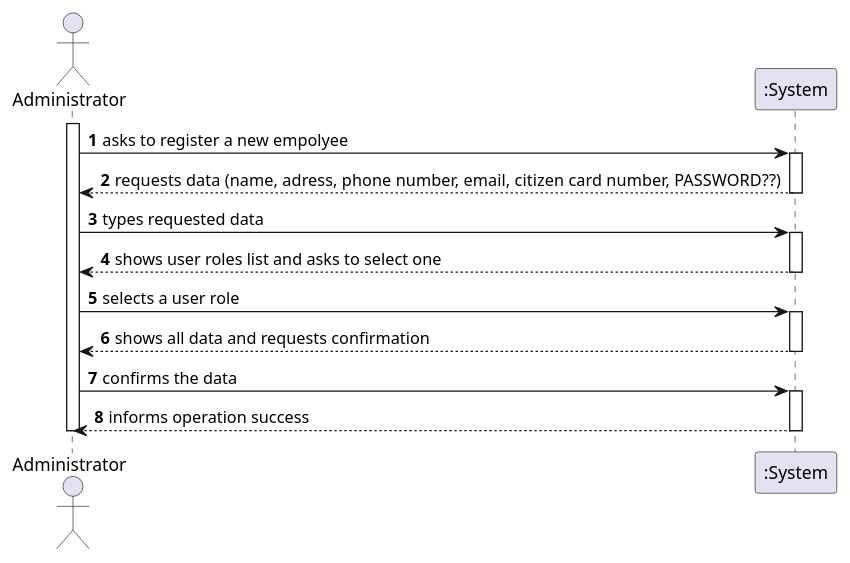
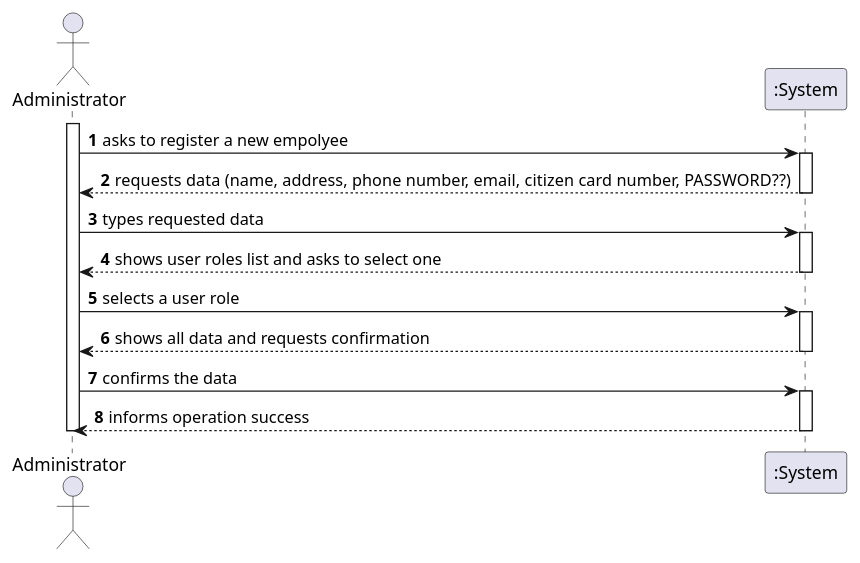
Before and after one commit to miseEnPlace-i/lapr2: the diagram in docs/SprintB/US10/SSD/US10_SSD.puml, drawn with PlantUML.

Commit message:
docs(us-10): updated ssd

```diff
--- a/docs/SprintB/US10/SSD/US10_SSD.puml
+++ b/docs/SprintB/US10/SSD/US10_SSD.puml
@@ -1,28 +1,28 @@
 @startuml US10_SSD
 autonumber
 actor "Administrator" as admin
 
 activate admin
 admin -> ":System" : asks to register a new empolyee
 activate ":System"
-":System" --> admin : requests data (name, adress, phone number, email, citizen card number, PASSWORD??)
+":System" --> admin : requests data (name, address, phone number, email, citizen card number, PASSWORD??)
 deactivate ":System"
 
 admin -> ":System" : types requested data
 activate ":System"
 ":System" --> admin : shows user roles list and asks to select one
 deactivate ":System"
 
 admin -> ":System" : selects a user role
 activate ":System"
 ":System" --> admin : shows all data and requests confirmation
 deactivate ":System"
 
 admin -> ":System" : confirms the data
 activate ":System"
 ":System" --> admin : informs operation success
 deactivate ":System"
 
 deactivate admin
 
 @enduml
```
